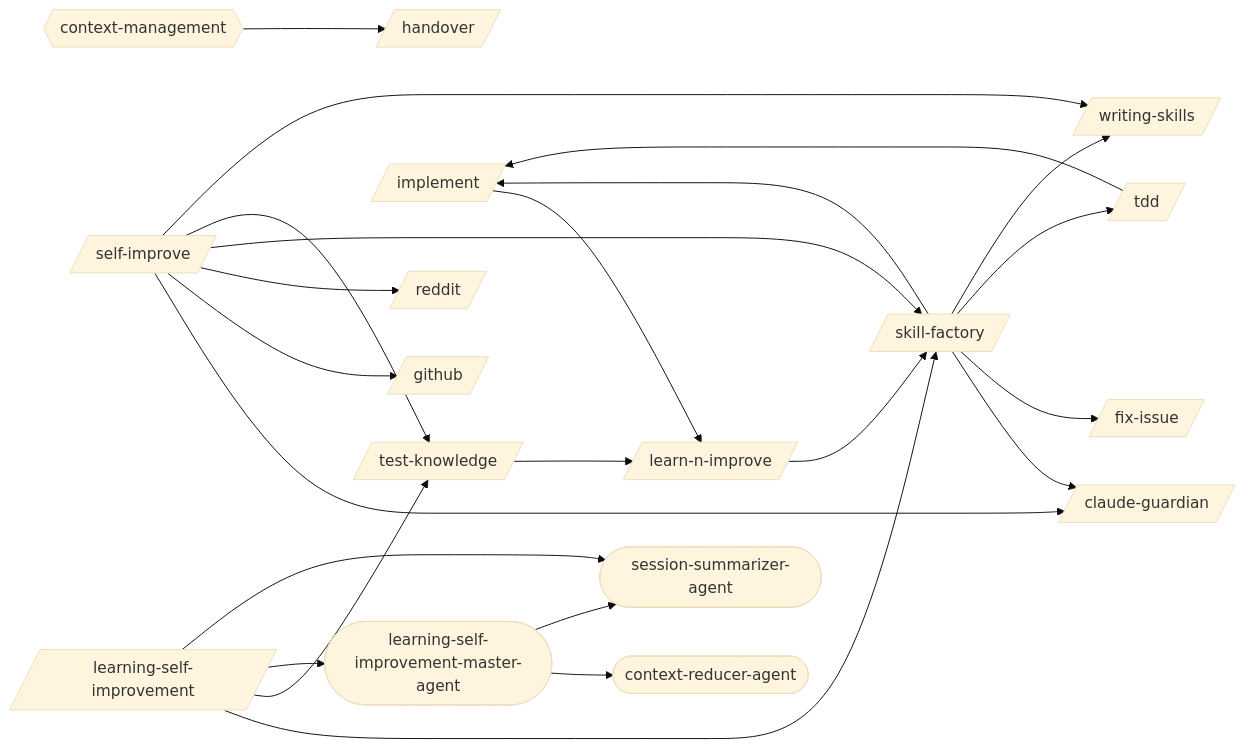
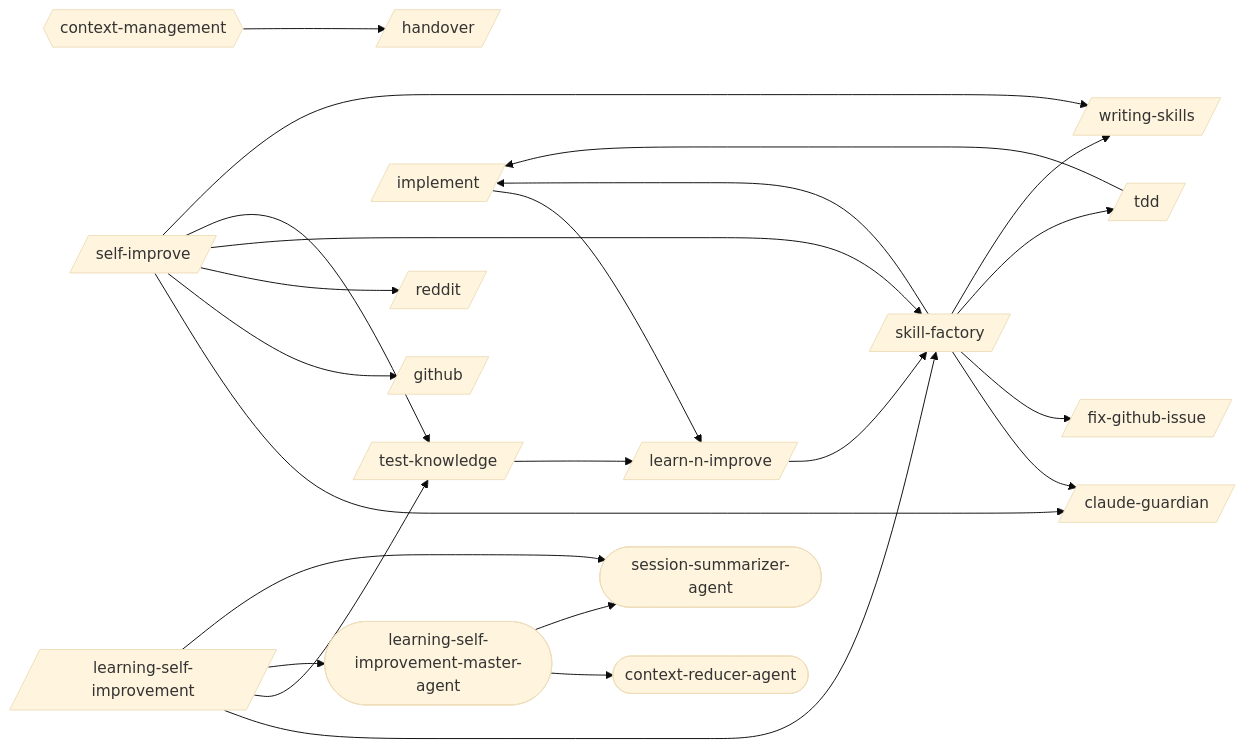
The first of 19 diagrams in docs/workflows/learning-self-improvement.md (abhayla/claude-best-practices), drawn with Mermaid (base theme) before and after one commit. The commit also changed other lines of this file and 153 other files, not shown here.

````diff
--- a/docs/workflows/learning-self-improvement.md
+++ b/docs/workflows/learning-self-improvement.md
@@ -9,42 +11,42 @@
 ```mermaid
 graph LR
     claude_guardian[/claude-guardian/]
-    fix_issue[/fix-issue/]
+    fix_github_issue[/fix-github-issue/]
     github[/github/]
     handover[/handover/]
     implement[/implement/]
     learn_n_improve[/learn-n-improve/]
     learning_self_improvement[/learning-self-improvement/]
     reddit[/reddit/]
     self_improve[/self-improve/]
     skill_factory[/skill-factory/]
     tdd[/tdd/]
     test_knowledge[/test-knowledge/]
     writing_skills[/writing-skills/]
     context_reducer_agent([context-reducer-agent])
     learning_self_improvement_master_agent([learning-self-improvement-master-agent])
     session_summarizer_agent([session-summarizer-agent])
     context_management{{context-management}}
     implement --> learn_n_improve
     learn_n_improve --> skill_factory
     learning_self_improvement --> skill_factory
     learning_self_improvement --> test_knowledge
     learning_self_improvement --> learning_self_improvement_master_agent
     learning_self_improvement --> session_summarizer_agent
     skill_factory --> claude_guardian
-    skill_factory --> fix_issue
+    skill_factory --> fix_github_issue
     skill_factory --> implement
     skill_factory --> tdd
     skill_factory --> writing_skills
     tdd --> implement
     test_knowledge --> learn_n_improve
     self_improve --> claude_guardian
     self_improve --> github
     self_improve --> reddit
     self_improve --> skill_factory
     self_improve --> test_knowledge
     self_improve --> writing_skills
     learning_self_improvement_master_agent --> context_reducer_agent
     learning_self_improvement_master_agent --> session_summarizer_agent
     context_management --> handover
 ```
````
